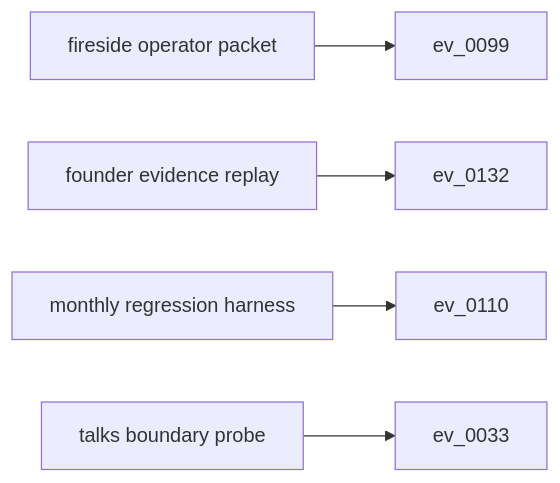
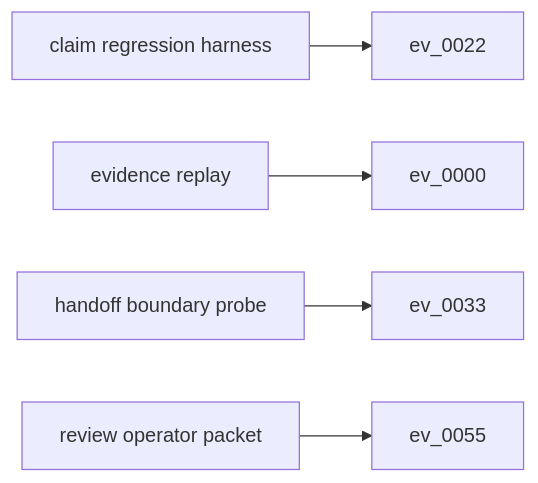
Before and after one commit to t7r0n/talk-graph: the diagram in outputs/trace_graph.mmd, drawn with Mermaid. The commit also changed 21 other files, not shown here.

```diff
--- a/outputs/trace_graph.mmd
+++ b/outputs/trace_graph.mmd
@@ -1,13 +1,13 @@
 flowchart LR
-  s0["fireside operator packet"]
-  e0["ev_0099"]
+  s0["claim regression harness"]
+  e0["ev_0022"]
   s0 --> e0
-  s1["founder evidence replay"]
-  e1["ev_0132"]
+  s1["evidence replay"]
+  e1["ev_0000"]
   s1 --> e1
-  s2["monthly regression harness"]
-  e2["ev_0110"]
+  s2["handoff boundary probe"]
+  e2["ev_0033"]
   s2 --> e2
-  s3["talks boundary probe"]
-  e3["ev_0033"]
+  s3["review operator packet"]
+  e3["ev_0055"]
   s3 --> e3
```
